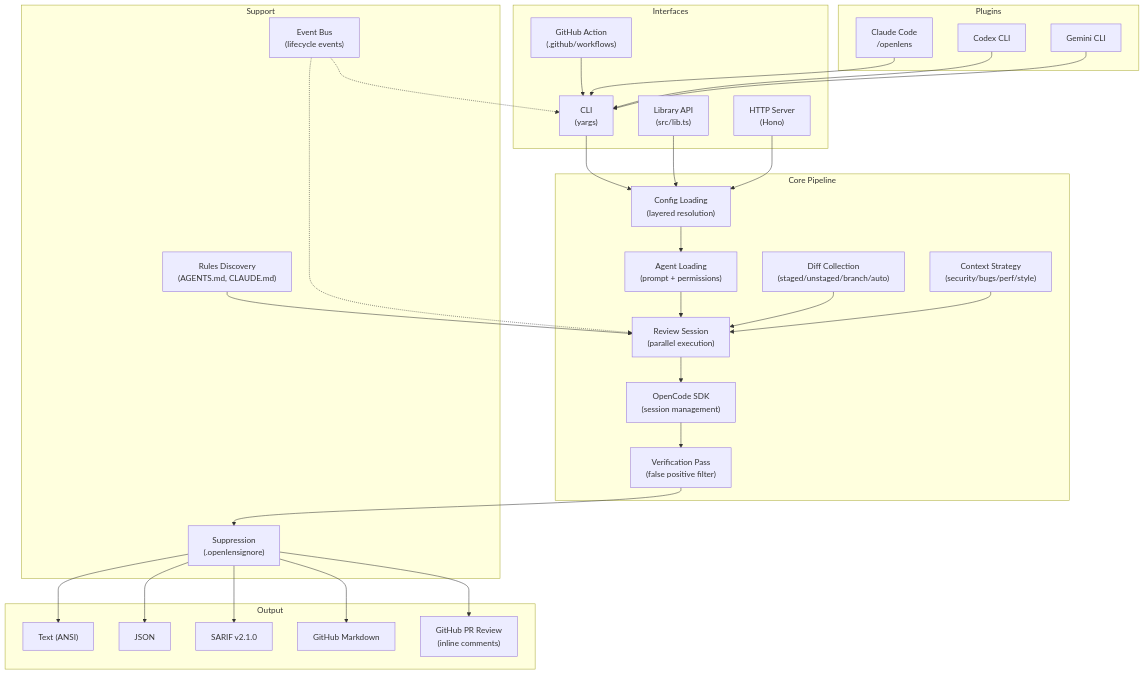
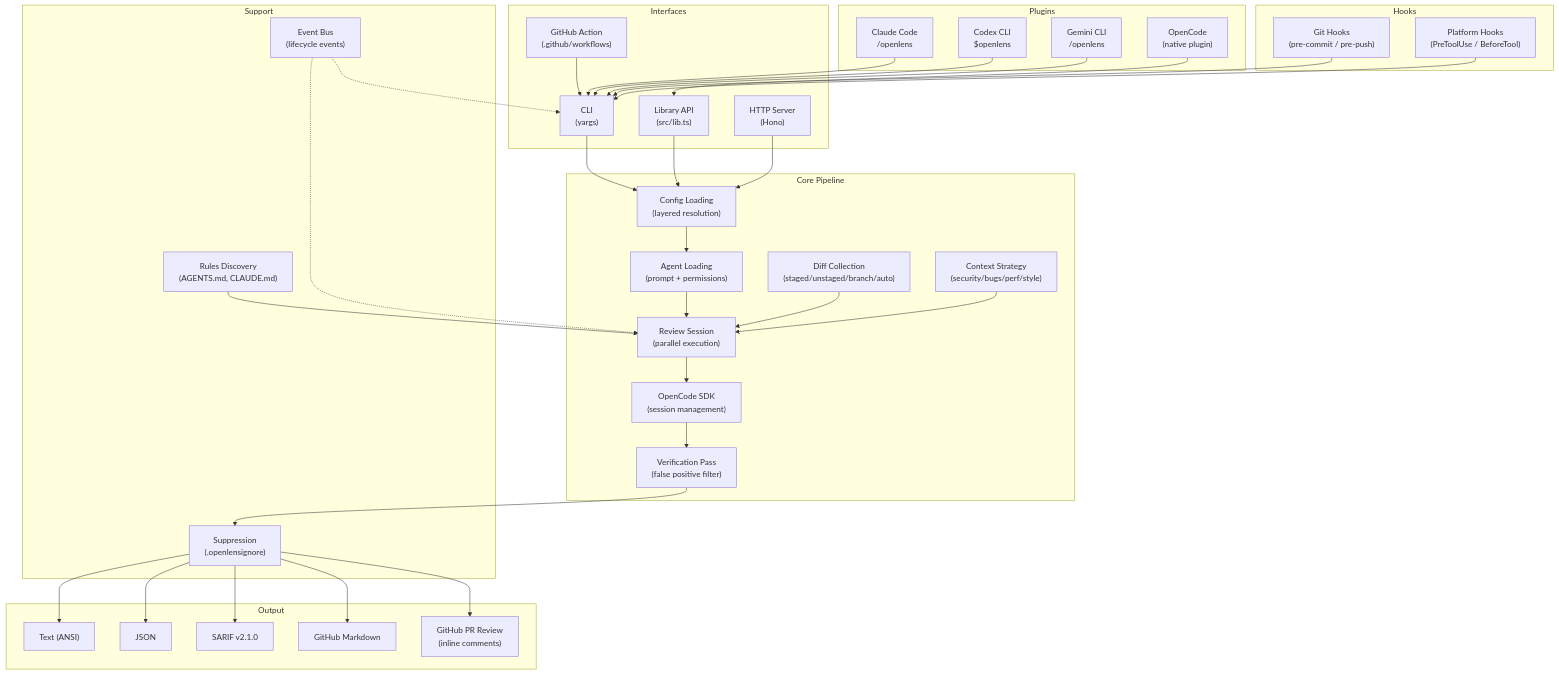
The diagram in wiki/1-overview.md (Traves-Theberge/openlens), drawn with Mermaid before and after one commit. The commit also changed other lines of this file, not shown here.

Commit message:
Fix overview diagram: add OpenCode plugin, git hooks, platform hooks

````diff
--- a/wiki/1-overview.md
+++ b/wiki/1-overview.md
@@ -18,65 +18,74 @@
 ```mermaid
 graph TB
     subgraph Interfaces
         CLI["CLI<br/>(yargs)"]
         LIB["Library API<br/>(src/lib.ts)"]
         SRV["HTTP Server<br/>(Hono)"]
         GA["GitHub Action<br/>(.github/workflows)"]
     end
 
     subgraph Plugins
         CC["Claude Code<br/>/openlens"]
-        CX["Codex CLI"]
-        GM["Gemini CLI"]
+        CX["Codex CLI<br/>$openlens"]
+        GM["Gemini CLI<br/>/openlens"]
+        OC["OpenCode<br/>(native plugin)"]
+    end
+
+    subgraph Hooks
+        GH["Git Hooks<br/>(pre-commit / pre-push)"]
+        PH["Platform Hooks<br/>(PreToolUse / BeforeTool)"]
     end
 
     subgraph Core Pipeline
         CFG["Config Loading<br/>(layered resolution)"]
         AGT["Agent Loading<br/>(prompt + permissions)"]
         DIFF["Diff Collection<br/>(staged/unstaged/branch/auto)"]
         CTX["Context Strategy<br/>(security/bugs/perf/style)"]
         REV["Review Session<br/>(parallel execution)"]
         SDK["OpenCode SDK<br/>(session management)"]
         VER["Verification Pass<br/>(false positive filter)"]
     end
 
     subgraph Output
         TXT["Text (ANSI)"]
         JSON["JSON"]
         SARIF["SARIF v2.1.0"]
         MD["GitHub Markdown"]
         GHR["GitHub PR Review<br/>(inline comments)"]
     end
 
     subgraph Support
         BUS["Event Bus<br/>(lifecycle events)"]
         SUP["Suppression<br/>(.openlensignore)"]
         RULES["Rules Discovery<br/>(AGENTS.md, CLAUDE.md)"]
     end
 
     CLI --> CFG
     LIB --> CFG
     SRV --> CFG
     GA --> CLI
     CC --> CLI
     CX --> CLI
     GM --> CLI
+    OC --> LIB
+    GH --> CLI
+    PH --> CLI
 
     CFG --> AGT
     AGT --> REV
     DIFF --> REV
     CTX --> REV
     RULES --> REV
     REV --> SDK
     SDK --> VER
     VER --> SUP
 
     SUP --> TXT
     SUP --> JSON
     SUP --> SARIF
     SUP --> MD
     SUP --> GHR
 
     BUS -.-> REV
     BUS -.-> CLI
 ```
````
